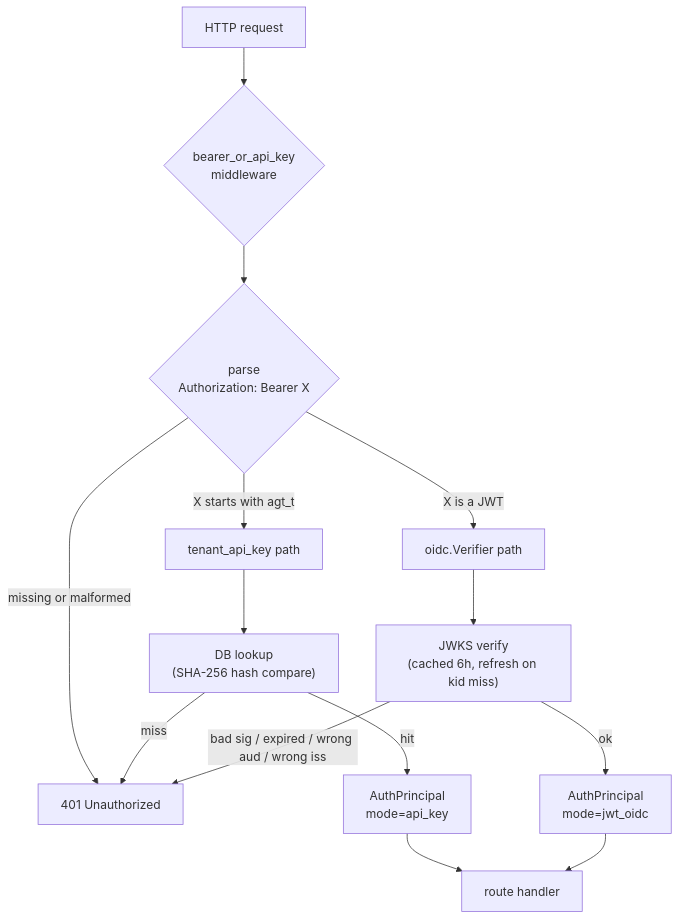
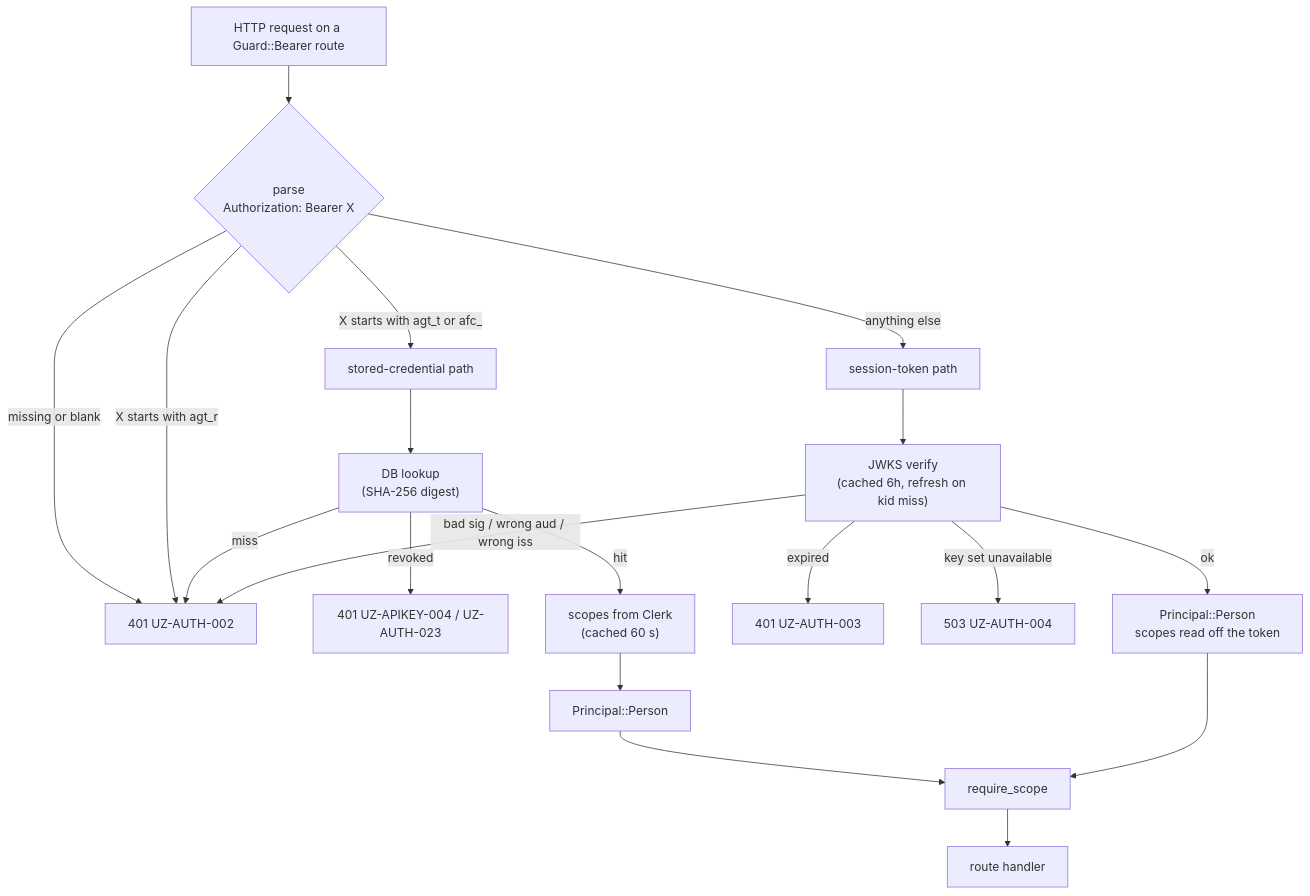
Before and after one commit to agentsfleet/agentsfleet: the sixth of 6 diagrams in docs/AUTH.md, drawn with Mermaid. The commit also changed other lines of this file and 32 other files, not shown here.

````diff
--- a/docs/AUTH.md
+++ b/docs/AUTH.md
@@ -773,19 +769,24 @@
 ```mermaid
 flowchart TD
-    Req["HTTP request"] --> Mw{"bearer_or_api_key<br/>middleware"}
-    Mw --> H{"parse<br/>Authorization: Bearer X"}
-    H -- "missing or malformed" --> R401["401 Unauthorized"]
-    H -- "X starts with agt_t" --> KP["tenant_api_key path"]
-    H -- "X is a JWT" --> JP["oidc.Verifier path"]
+    Req["HTTP request on a Guard::Bearer route"] --> H{"parse<br/>Authorization: Bearer X"}
+    H -- "missing or blank" --> R401["401 UZ-AUTH-002"]
+    H -- "X starts with agt_r" --> R401
+    H -- "X starts with agt_t or afc_" --> KP["stored-credential path"]
+    H -- "anything else" --> JP["session-token path"]
 
-    KP --> KDB["DB lookup<br/>(SHA-256 hash compare)"]
+    KP --> KDB["DB lookup<br/>(SHA-256 digest)"]
     KDB -- "miss" --> R401
-    KDB -- "hit" --> Princ["AuthPrincipal<br/>mode=api_key"]
+    KDB -- "revoked" --> RREV["401 UZ-APIKEY-004 / UZ-AUTH-023"]
+    KDB -- "hit" --> CAP["scopes from Clerk<br/>(cached 60 s)"]
+    CAP --> Princ["Principal::Person"]
 
     JP --> JJ["JWKS verify<br/>(cached 6h, refresh on kid miss)"]
-    JJ -- "bad sig / expired / wrong aud / wrong iss" --> R401
-    JJ -- "ok" --> Princ2["AuthPrincipal<br/>mode=jwt_oidc"]
+    JJ -- "expired" --> R401E["401 UZ-AUTH-003"]
+    JJ -- "bad sig / wrong aud / wrong iss" --> R401
+    JJ -- "key set unavailable" --> R503["503 UZ-AUTH-004"]
+    JJ -- "ok" --> Princ2["Principal::Person<br/>scopes read off the token"]
 
-    Princ --> Handler["route handler"]
-    Princ2 --> Handler
+    Princ --> Gate["require_scope"]
+    Princ2 --> Gate
+    Gate --> Handler["route handler"]
 ```
````
